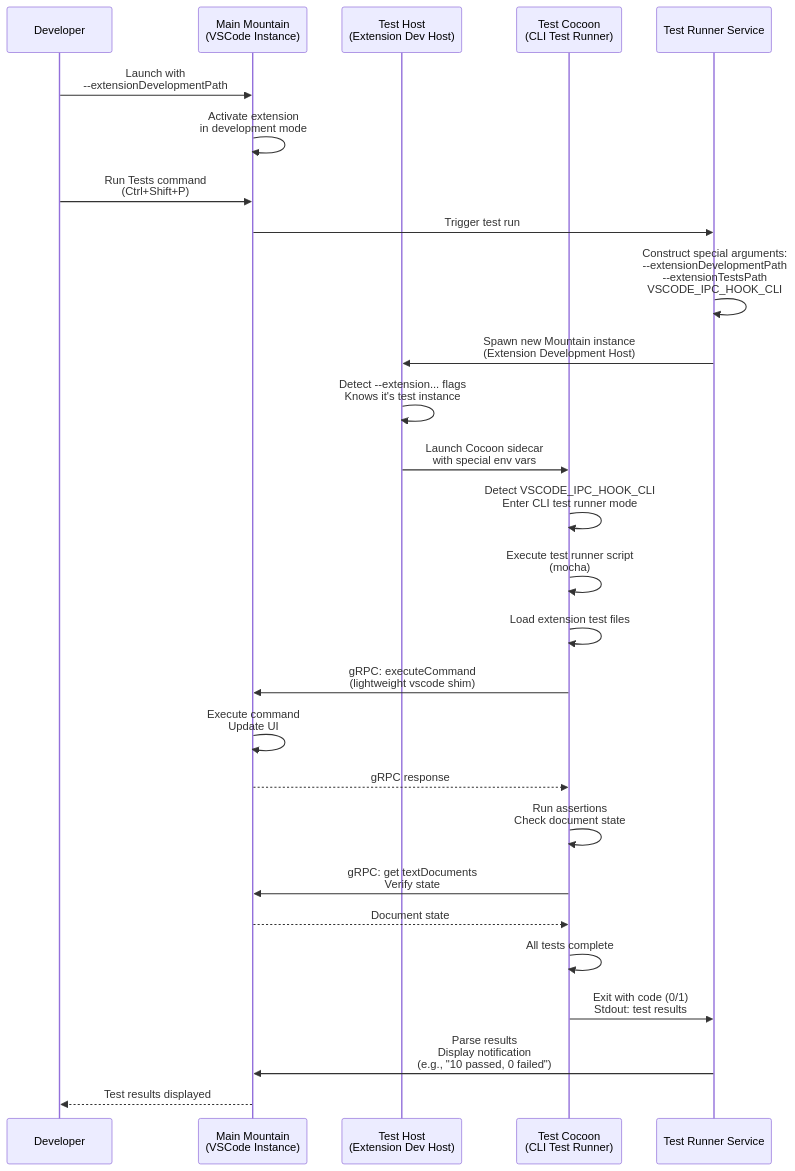
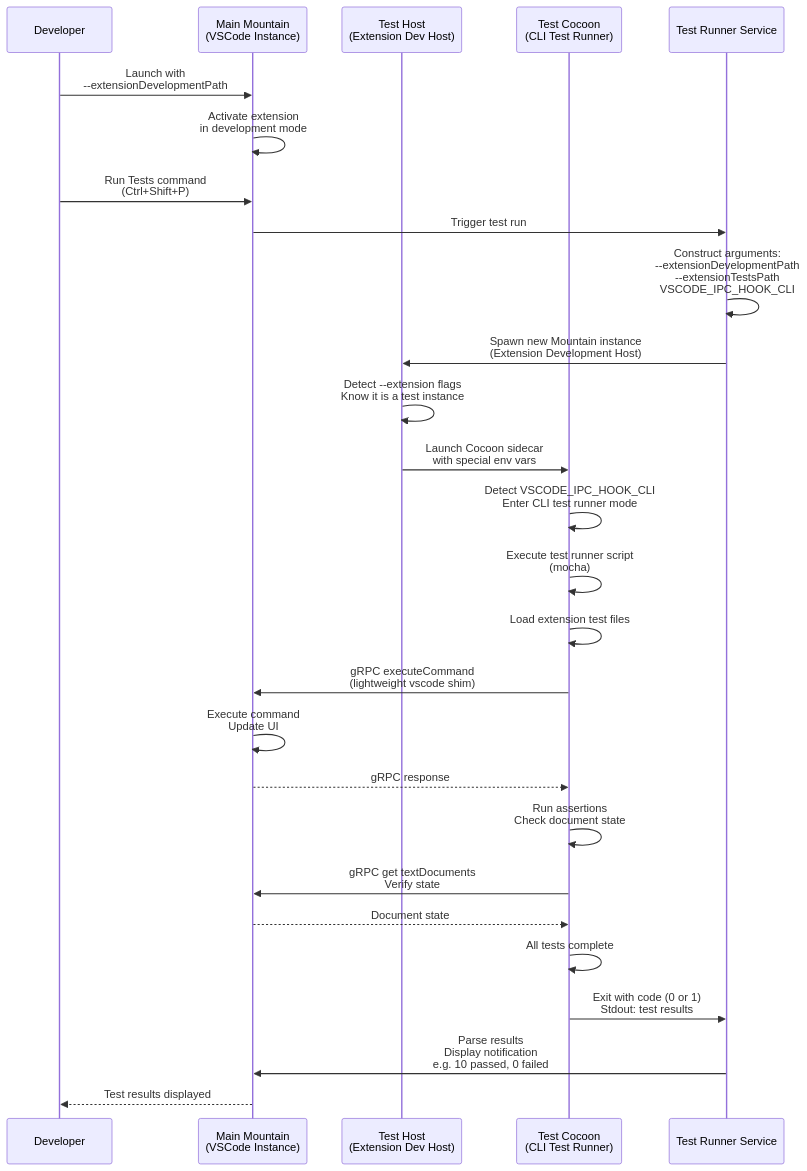
One commit to CodeEditorLand/Land changed the diagram in Documentation/GitHub/Workflow/RunningExtensionTests.md. Above: the diagram before and after it, drawn with Mermaid. The commit also changed other lines of this file and 28 other files, not shown here.

````diff
--- a/Documentation/GitHub/Workflow/RunningExtensionTests.md
+++ b/Documentation/GitHub/Workflow/RunningExtensionTests.md
@@ -15,30 +39,30 @@
 ```mermaid
 sequenceDiagram
     participant Dev as Developer
     participant Main as Main Mountain<br/>(VSCode Instance)
     participant TestHost as Test Host<br/>(Extension Dev Host)
     participant TestCocoon as Test Cocoon<br/>(CLI Test Runner)
     participant TRS as Test Runner Service
 
     Dev->>Main: Launch with<br/>--extensionDevelopmentPath
     Main->>Main: Activate extension<br/>in development mode
     Dev->>Main: Run Tests command<br/>(Ctrl+Shift+P)
     Main->>TRS: Trigger test run
-    TRS->>TRS: Construct special arguments:<br/>--extensionDevelopmentPath<br/>--extensionTestsPath<br/>VSCODE_IPC_HOOK_CLI
+    TRS->>TRS: Construct arguments:<br/>--extensionDevelopmentPath<br/>--extensionTestsPath<br/>VSCODE_IPC_HOOK_CLI
     TRS->>TestHost: Spawn new Mountain instance<br/>(Extension Development Host)
-    TestHost->>TestHost: Detect --extension... flags<br/>Knows it's test instance
+    TestHost->>TestHost: Detect --extension flags<br/>Know it is a test instance
     TestHost->>TestCocoon: Launch Cocoon sidecar<br/>with special env vars
     TestCocoon->>TestCocoon: Detect VSCODE_IPC_HOOK_CLI<br/>Enter CLI test runner mode
     TestCocoon->>TestCocoon: Execute test runner script<br/>(mocha)
     TestCocoon->>TestCocoon: Load extension test files
-    TestCocoon->>Main: gRPC: executeCommand<br/>(lightweight vscode shim)
+    TestCocoon->>Main: gRPC executeCommand<br/>(lightweight vscode shim)
     Main->>Main: Execute command<br/>Update UI
     Main-->>TestCocoon: gRPC response
     TestCocoon->>TestCocoon: Run assertions<br/>Check document state
-    TestCocoon->>Main: gRPC: get textDocuments<br/>Verify state
+    TestCocoon->>Main: gRPC get textDocuments<br/>Verify state
     Main-->>TestCocoon: Document state
     TestCocoon->>TestCocoon: All tests complete
-    TestCocoon->>TRS: Exit with code (0/1)<br/>Stdout: test results
-    TRS->>Main: Parse results<br/>Display notification<br/>(e.g., "10 passed, 0 failed")
+    TestCocoon->>TRS: Exit with code (0 or 1)<br/>Stdout: test results
+    TRS->>Main: Parse results<br/>Display notification<br/>e.g. 10 passed, 0 failed
     Main-->>Dev: Test results displayed
 ```
````
